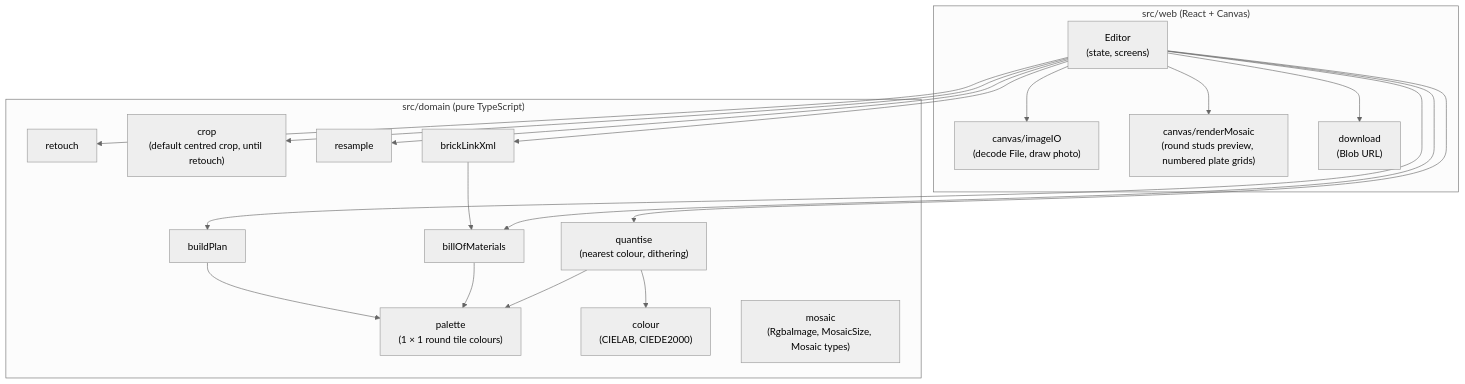
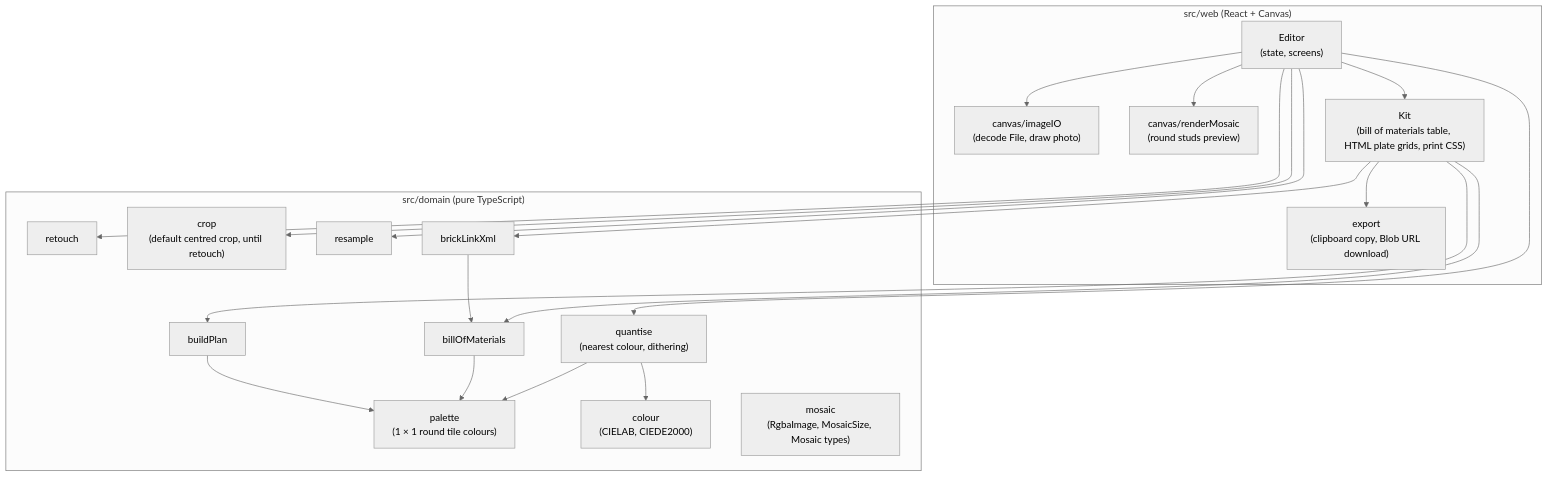
The diagram in docs/architecture/diagrams/mosaic/03-component.md (benoit-bremaud/brickpix), drawn with Mermaid (neutral theme) before and after one commit. The commit also changed other lines of this file and 5 other files, not shown here.

First line of the commit message:
docs(architecture): kit spec and study updates for the build plan, bill of materials and BrickLink list

````diff
--- a/docs/architecture/diagrams/mosaic/03-component.md
+++ b/docs/architecture/diagrams/mosaic/03-component.md
@@ -10,38 +10,40 @@
 ```mermaid
 flowchart TB
     subgraph web["src/web (React + Canvas)"]
         Editor["Editor<br/>(state, screens)"]
         ImageIO["canvas/imageIO<br/>(decode File, draw photo)"]
-        Render["canvas/renderMosaic<br/>(round studs preview, numbered plate grids)"]
-        Download["download<br/>(Blob URL)"]
+        Render["canvas/renderMosaic<br/>(round studs preview)"]
+        Kit["Kit<br/>(bill of materials table, HTML plate grids, print CSS)"]
+        Export["export<br/>(clipboard copy, Blob URL download)"]
     end
 
     subgraph domain["src/domain (pure TypeScript)"]
         Retouch["retouch"]
         Crop["crop<br/>(default centred crop, until retouch)"]
         Resample["resample"]
         Palette["palette<br/>(1 × 1 round tile colours)"]
         Quantise["quantise<br/>(nearest colour, dithering)"]
         Colour["colour<br/>(CIELAB, CIEDE2000)"]
         Mosaic["mosaic<br/>(RgbaImage, MosaicSize, Mosaic types)"]
         Plan["buildPlan"]
         Bom["billOfMaterials"]
         BrickLink["brickLinkXml"]
     end
 
     Editor --> ImageIO
     Editor --> Render
-    Editor --> Download
+    Editor --> Kit
+    Kit --> Export
     Editor --> Retouch
     Editor --> Crop
     Editor --> Resample
     Editor --> Quantise
-    Editor --> Plan
-    Editor --> Bom
-    Editor --> BrickLink
+    Kit --> Plan
+    Kit --> Bom
+    Kit --> BrickLink
     Quantise --> Palette
     Quantise --> Colour
     Bom --> Palette
     BrickLink --> Bom
     Plan --> Palette
 ```
````
